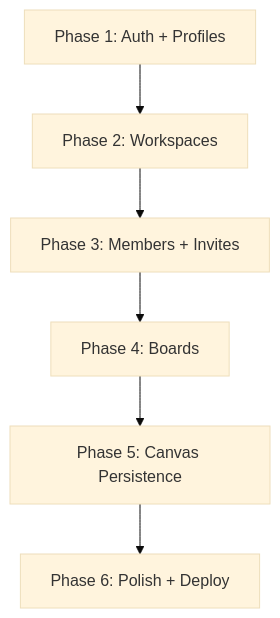
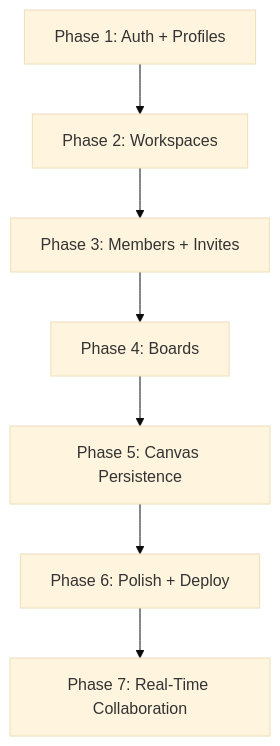
One commit to tushar-180/WhiteBoardSaaS2 changed the first of 2 diagrams in docs/PHASES.md. Above: the diagram before and after it, drawn with Mermaid (base theme). The commit also changed other lines of this file and 1 other file, not shown here.

First line of the commit message:
docs: promote real-time collaboration to active Stage 7 / Phase 7

````diff
--- a/docs/PHASES.md
+++ b/docs/PHASES.md
@@ -26,8 +26,9 @@
 ```mermaid
 graph TD
     P1[Phase 1: Auth + Profiles] --> P2[Phase 2: Workspaces]
     P2 --> P3[Phase 3: Members + Invites]
     P3 --> P4[Phase 4: Boards]
     P4 --> P5[Phase 5: Canvas Persistence]
     P5 --> P6[Phase 6: Polish + Deploy]
+    P6 --> P7[Phase 7: Real-Time Collaboration]
 ```
````
